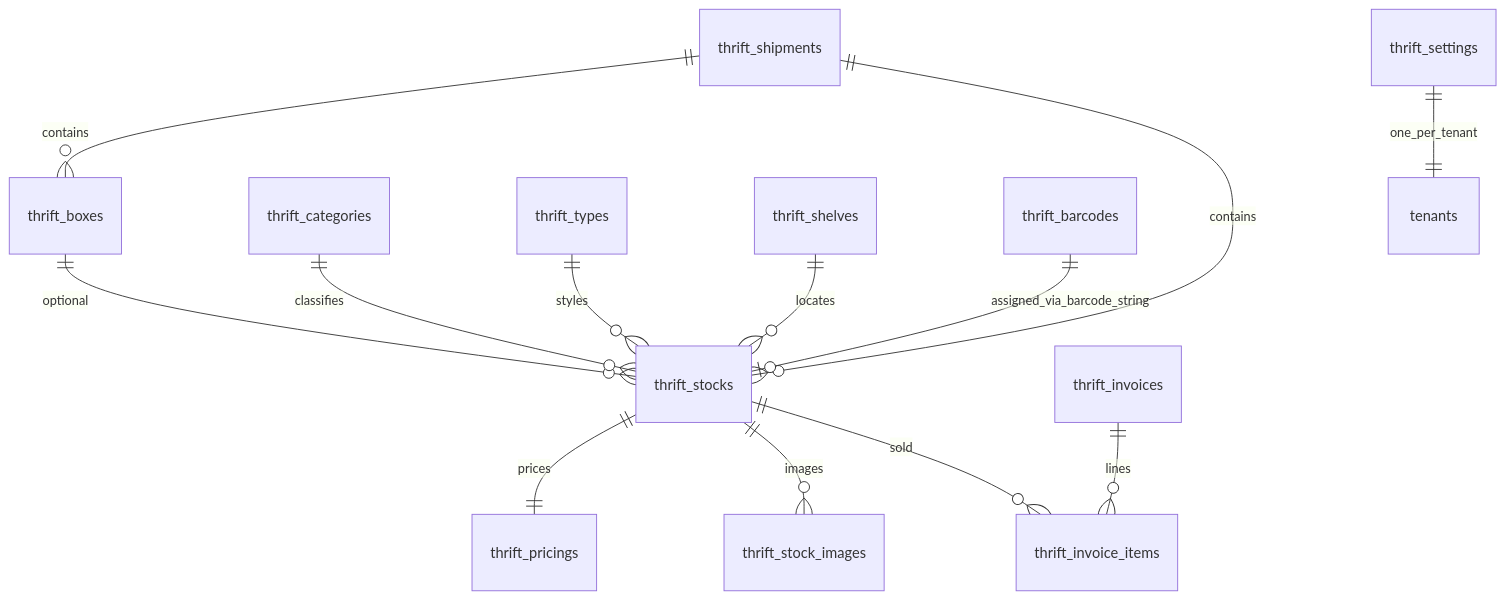
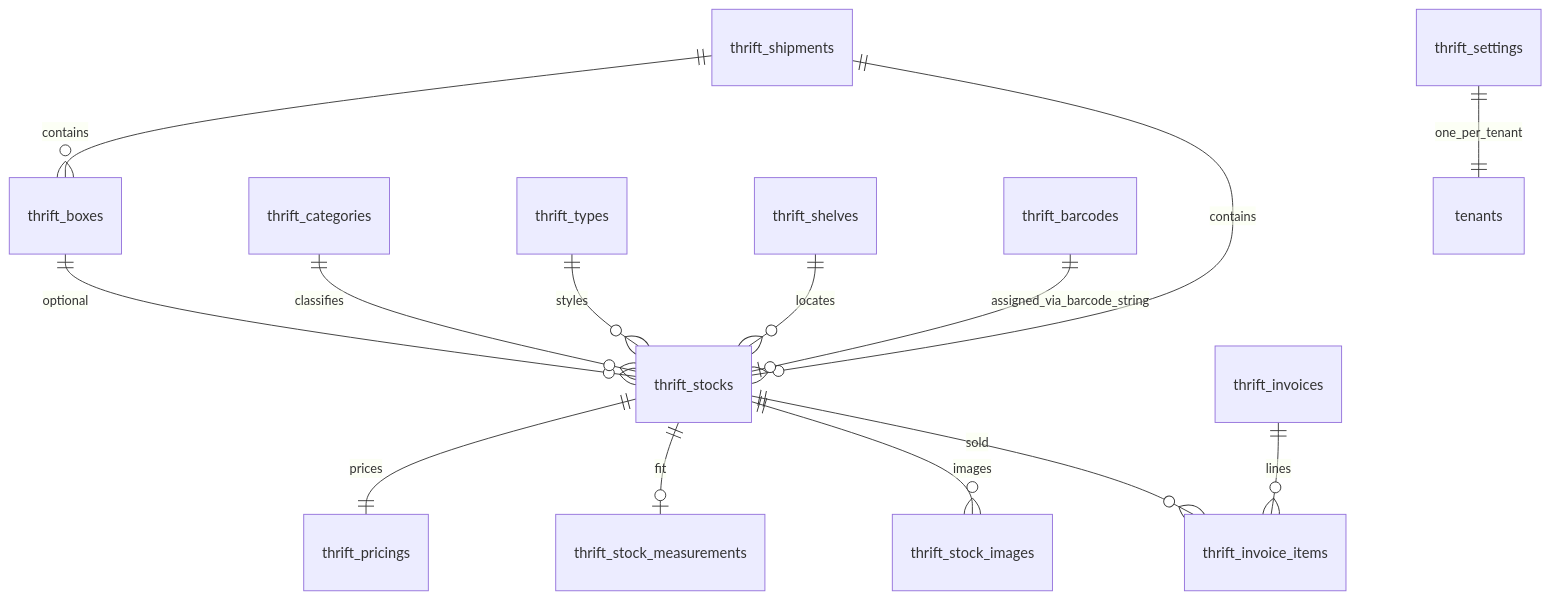
The first of 7 diagrams in doc/THRIFT.md (david-git-2/brandwala-wholesale-quasar-v2), drawn with Mermaid before and after one commit. The commit also changed other lines of this file and 13 other files, not shown here.

````diff
--- a/doc/THRIFT.md
+++ b/doc/THRIFT.md
@@ -167,15 +178,16 @@
 ```mermaid
 erDiagram
   thrift_shipments ||--o{ thrift_boxes : contains
   thrift_shipments ||--o{ thrift_stocks : contains
   thrift_boxes ||--o{ thrift_stocks : optional
   thrift_categories ||--o{ thrift_stocks : classifies
   thrift_types ||--o{ thrift_stocks : styles
   thrift_shelves ||--o{ thrift_stocks : locates
   thrift_stocks ||--|| thrift_pricings : prices
+  thrift_stocks ||--o| thrift_stock_measurements : fit
   thrift_stocks ||--o{ thrift_stock_images : images
   thrift_barcodes ||--o| thrift_stocks : assigned_via_barcode_string
   thrift_settings ||--|| tenants : one_per_tenant
   thrift_invoices ||--o{ thrift_invoice_items : lines
   thrift_stocks ||--o{ thrift_invoice_items : sold
 ```
````
